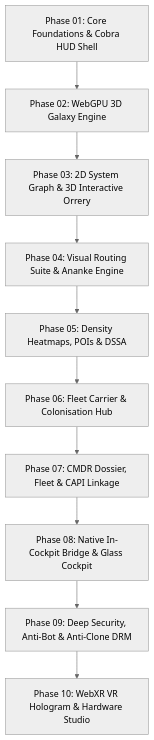
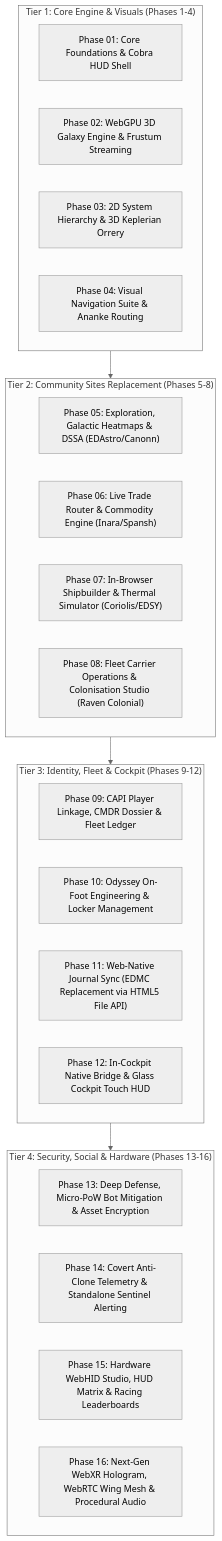
The diagram in roadmap/master_roadmap.md (Irkyosaur/Atlas), drawn with Mermaid (neutral theme) before and after one commit. The commit also changed other lines of this file and 1 other file, not shown here.

Commit message:
docs: expand master roadmap and stages tracker to full 16-phase architecture

````diff
--- a/roadmap/master_roadmap.md
+++ b/roadmap/master_roadmap.md
@@ -15,12 +11,34 @@
 ```mermaid
 flowchart TD
-    P1[Phase 01: Core Foundations & Cobra HUD Shell] --> P2[Phase 02: WebGPU 3D Galaxy Engine]
-    P2 --> P3[Phase 03: 2D System Graph & 3D Interactive Orrery]
-    P3 --> P4[Phase 04: Visual Routing Suite & Ananke Engine]
-    P4 --> P5[Phase 05: Density Heatmaps, POIs & DSSA]
-    P5 --> P6[Phase 06: Fleet Carrier & Colonisation Hub]
-    P6 --> P7[Phase 07: CMDR Dossier, Fleet & CAPI Linkage]
-    P7 --> P8[Phase 08: Native In-Cockpit Bridge & Glass Cockpit]
-    P8 --> P9[Phase 09: Deep Security, Anti-Bot & Anti-Clone DRM]
-    P9 --> P10[Phase 10: WebXR VR Hologram & Hardware Studio]
+    subgraph Tier1_Core ["Tier 1: Core Engine & Visuals (Phases 1-4)"]
+        P01["Phase 01: Core Foundations & Cobra HUD Shell"]
+        P02["Phase 02: WebGPU 3D Galaxy Engine & Frustum Streaming"]
+        P03["Phase 03: 2D System Hierarchy & 3D Keplerian Orrery"]
+        P04["Phase 04: Visual Navigation Suite & Ananke Routing"]
+    end
+
+    subgraph Tier2_Community ["Tier 2: Community Sites Replacement (Phases 5-8)"]
+        P05["Phase 05: Exploration, Galactic Heatmaps & DSSA (EDAstro/Canonn)"]
+        P06["Phase 06: Live Trade Router & Commodity Engine (Inara/Spansh)"]
+        P07["Phase 07: In-Browser Shipbuilder & Thermal Simulator (Coriolis/EDSY)"]
+        P08["Phase 08: Fleet Carrier Operations & Colonisation Studio (Raven Colonial)"]
+    end
+
+    subgraph Tier3_Identity ["Tier 3: Identity, Fleet & Cockpit (Phases 9-12)"]
+        P09["Phase 09: CAPI Player Linkage, CMDR Dossier & Fleet Ledger"]
+        P10["Phase 10: Odyssey On-Foot Engineering & Locker Management"]
+        P11["Phase 11: Web-Native Journal Sync (EDMC Replacement via HTML5 File API)"]
+        P12["Phase 12: In-Cockpit Native Bridge & Glass Cockpit Touch HUD"]
+    end
+
+    subgraph Tier4_Advanced ["Tier 4: Security, Social & Hardware (Phases 13-16)"]
+        P13["Phase 13: Deep Defense, Micro-PoW Bot Mitigation & Asset Encryption"]
+        P14["Phase 14: Covert Anti-Clone Telemetry & Standalone Sentinel Alerting"]
+        P15["Phase 15: Hardware WebHID Studio, HUD Matrix & Racing Leaderboards"]
+        P16["Phase 16: Next-Gen WebXR Hologram, WebRTC Wing Mesh & Procedural Audio"]
+    end
+
+    Tier1_Core --> Tier2_Community
+    Tier2_Community --> Tier3_Identity
+    Tier3_Identity --> Tier4_Advanced
 ```
````
